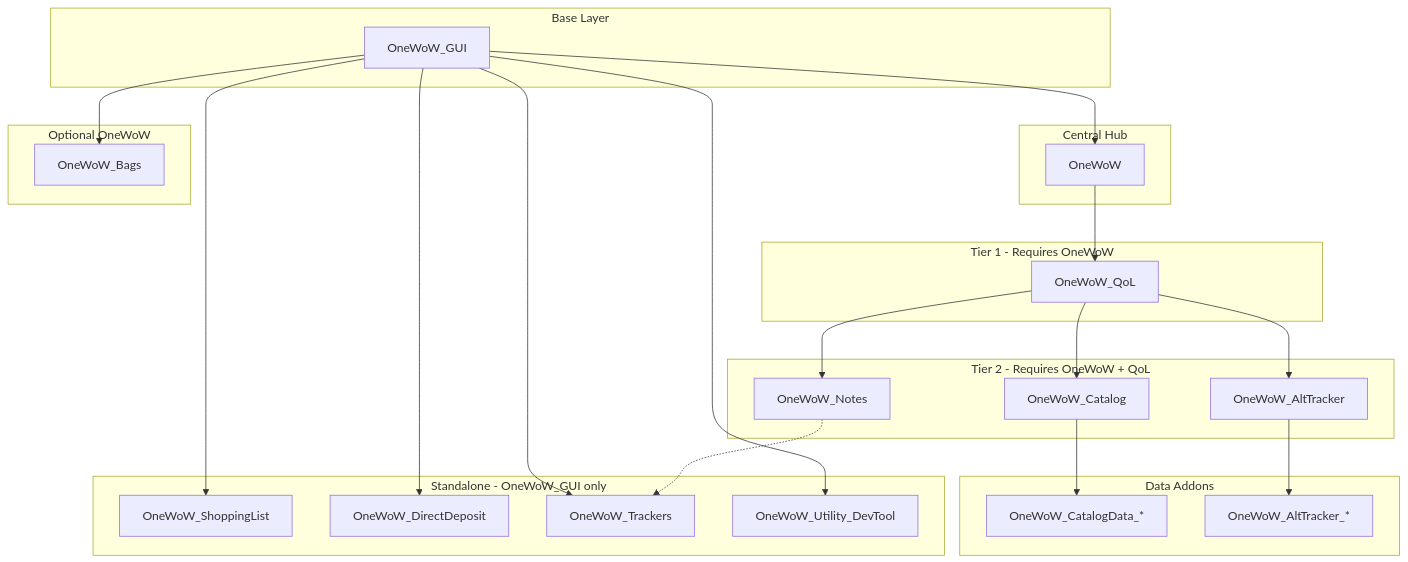
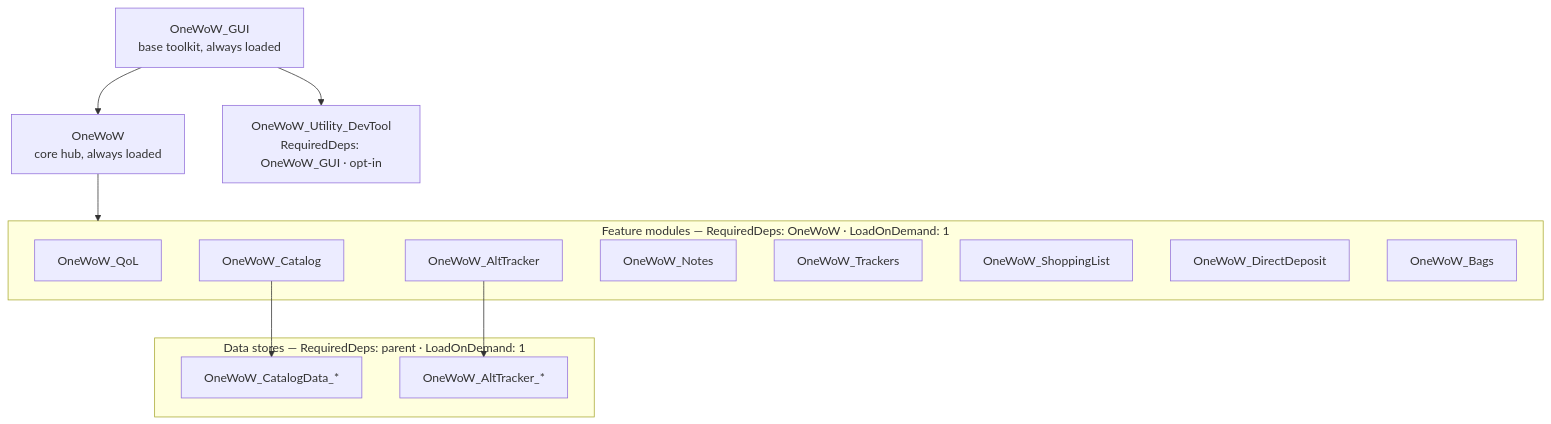
One commit to MichinMigugin/OneWoW_Suite changed the first of 3 diagrams in OneWoW_Architecture.md. Above: the diagram before and after it, drawn with Mermaid. The commit also changed other lines of this file and 36 other files, not shown here.

First line of the commit message:
Refactor OneWoW architecture for core-driven module loading

````diff
--- a/OneWoW_Architecture.md
+++ b/OneWoW_Architecture.md
@@ -9,50 +25,28 @@
 ```mermaid
 flowchart TB
-    subgraph Base [Base Layer]
-        GUI[OneWoW_GUI]
-    end
+    GUI[OneWoW_GUI<br/>base toolkit, always loaded]
+    OW[OneWoW<br/>core hub, always loaded]
+    GUI --> OW
 
-    subgraph Hub [Central Hub]
-        OW[OneWoW]
-    end
-
-    subgraph Tier1 [Tier 1 - Requires OneWoW]
+    subgraph Modules [Feature modules — RequiredDeps: OneWoW · LoadOnDemand: 1]
         QoL[OneWoW_QoL]
-    end
-
-    subgraph Tier2 [Tier 2 - Requires OneWoW + QoL]
         Catalog[OneWoW_Catalog]
         AltTracker[OneWoW_AltTracker]
         Notes[OneWoW_Notes]
-    end
-
-    subgraph Standalone [Standalone - OneWoW_GUI only]
+        Trackers[OneWoW_Trackers]
         ShoppingList[OneWoW_ShoppingList]
         DirectDeposit[OneWoW_DirectDeposit]
-        Trackers[OneWoW_Trackers]
-        DevTool[OneWoW_Utility_DevTool]
-    end
-
-    subgraph Optional [Optional OneWoW]
         Bags[OneWoW_Bags]
     end
+    OW --> Modules
 
-    subgraph Data [Data Addons]
+    subgraph Stores [Data stores — RequiredDeps: parent · LoadOnDemand: 1]
         CatalogData[OneWoW_CatalogData_*]
-        AltTrackerData[OneWoW_AltTracker_*]
+        AltData[OneWoW_AltTracker_*]
     end
+    Catalog --> CatalogData
+    AltTracker --> AltData
 
-    GUI --> OW
-    OW --> QoL
-    QoL --> Catalog
-    QoL --> AltTracker
-    QoL --> Notes
-    GUI --> ShoppingList
-    GUI --> DirectDeposit
-    GUI --> Trackers
+    DevTool[OneWoW_Utility_DevTool<br/>RequiredDeps: OneWoW_GUI · opt-in]
     GUI --> DevTool
-    GUI --> Bags
-    Notes -.-> Trackers
-    Catalog --> CatalogData
-    AltTracker --> AltTrackerData
 ```
````
